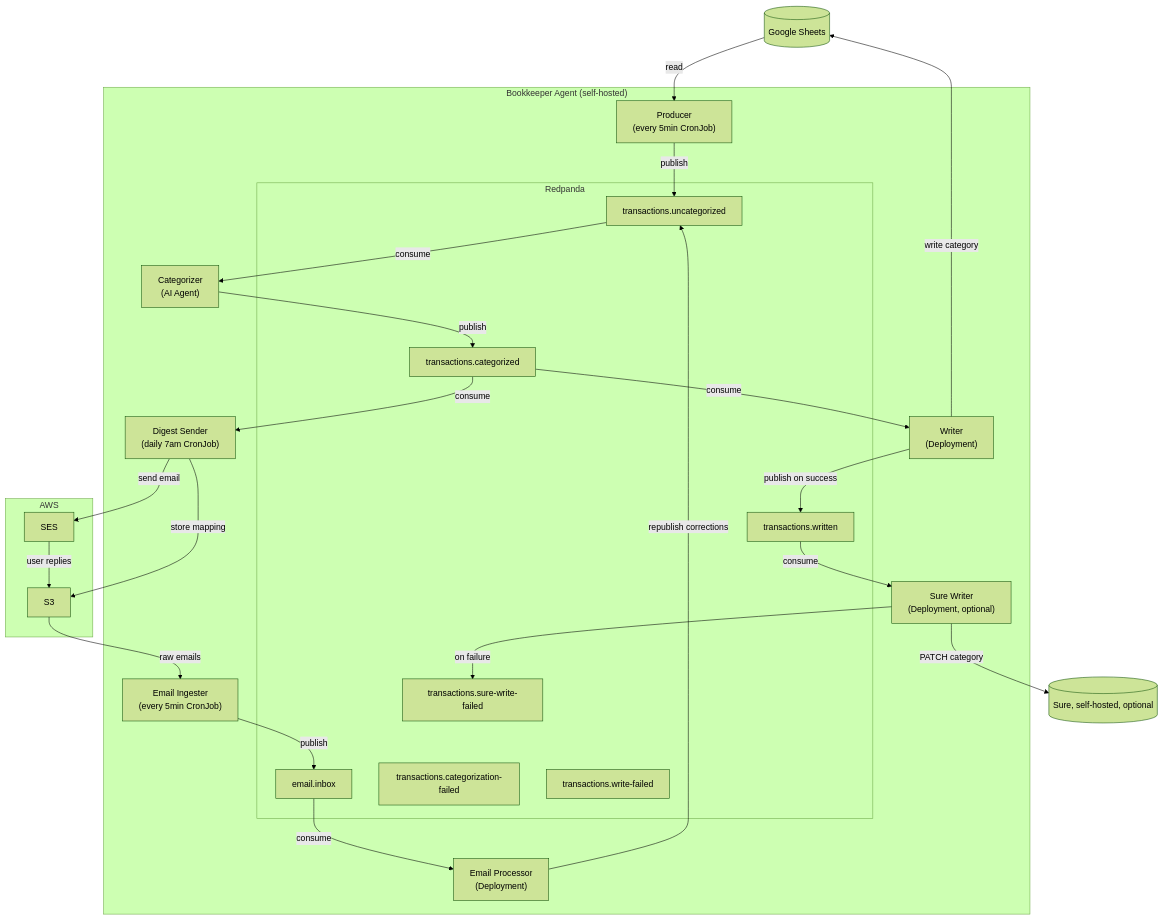
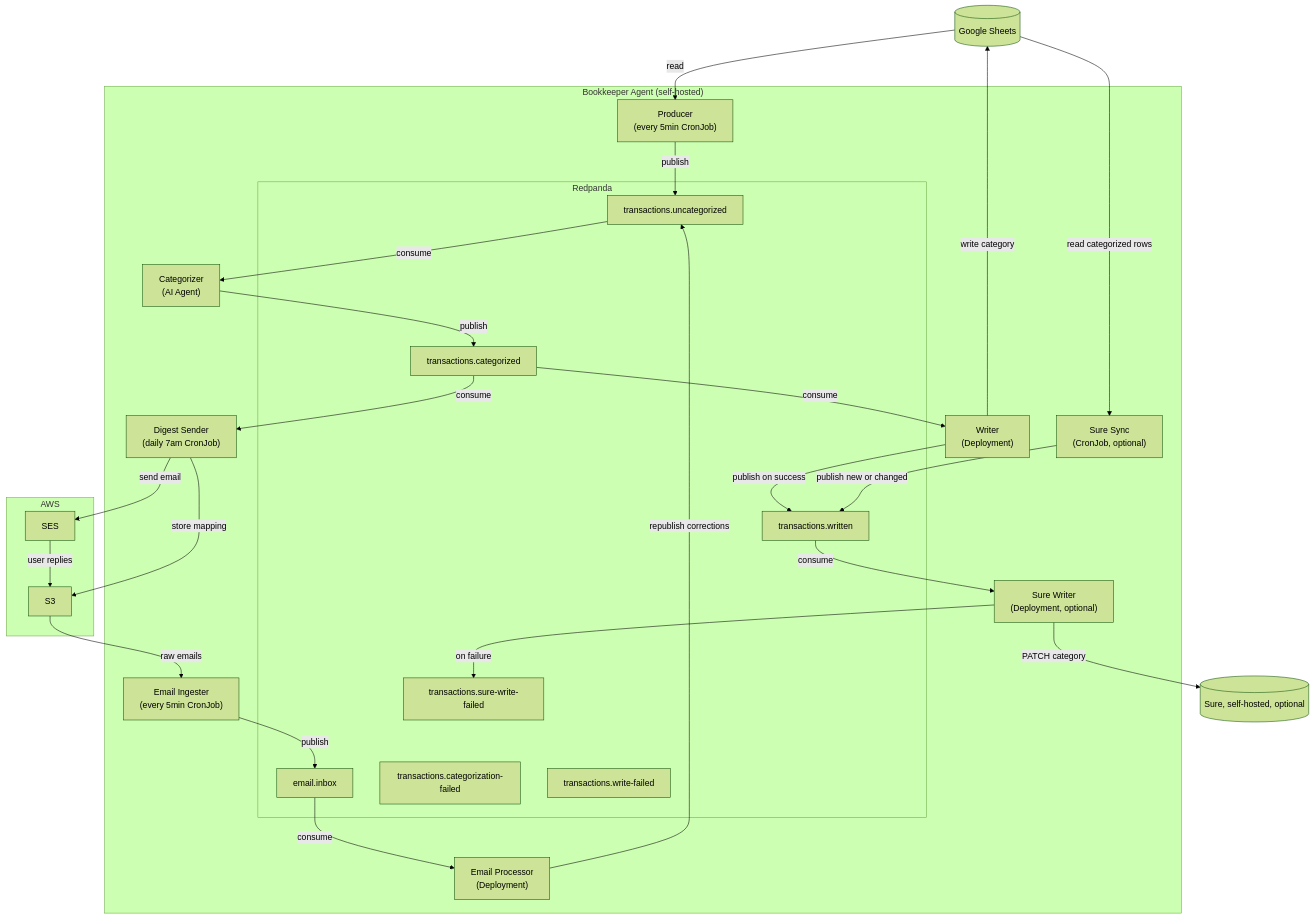
The diagram in README.md (jevy/bookkeeper-agent), drawn with Mermaid (forest theme) before and after one commit. The commit also changed other lines of this file and 16 other files, not shown here.

````diff
--- a/README.md
+++ b/README.md
@@ -23,55 +23,58 @@
 ```mermaid
 graph TD
     Sheets[(Google Sheets)]
 
     subgraph "Bookkeeper Agent (self-hosted)"
         Producer["Producer\n(every 5min CronJob)"]
         Writer["Writer\n(Deployment)"]
         SureWriter["Sure Writer\n(Deployment, optional)"]
+        SureSync["Sure Sync\n(CronJob, optional)"]
         Categorizer["Categorizer\n(AI Agent)"]
         DigestSender["Digest Sender\n(daily 7am CronJob)"]
         EmailIngester["Email Ingester\n(every 5min CronJob)"]
         EmailProcessor["Email Processor\n(Deployment)"]
 
         subgraph Redpanda
             uncategorized[transactions.uncategorized]
             categorized[transactions.categorized]
             emailInbox[email.inbox]
             catFailed[transactions.categorization-failed]
             writeFailed[transactions.write-failed]
             written[transactions.written]
             sureFailed[transactions.sure-write-failed]
         end
     end
 
     subgraph AWS
         SES[SES]
         S3[S3]
     end
 
     Sure[(Sure, self-hosted, optional)]
 
     Sheets -- read --> Producer
     Producer -- publish --> uncategorized
 
     uncategorized -- consume --> Categorizer
     Categorizer -- publish --> categorized
 
     categorized -- consume --> Writer
     Writer -- write category --> Sheets
     Writer -- publish on success --> written
+    Sheets -- read categorized rows --> SureSync
+    SureSync -- publish new or changed --> written
     written -- consume --> SureWriter
     SureWriter -- PATCH category --> Sure
     SureWriter -- on failure --> sureFailed
 
     categorized -- consume --> DigestSender
     DigestSender -- send email --> SES
     DigestSender -- store mapping --> S3
 
     SES -- user replies --> S3
     S3 -- raw emails --> EmailIngester
     EmailIngester -- publish --> emailInbox
 
     emailInbox -- consume --> EmailProcessor
     EmailProcessor -- republish corrections --> uncategorized
 ```
````
